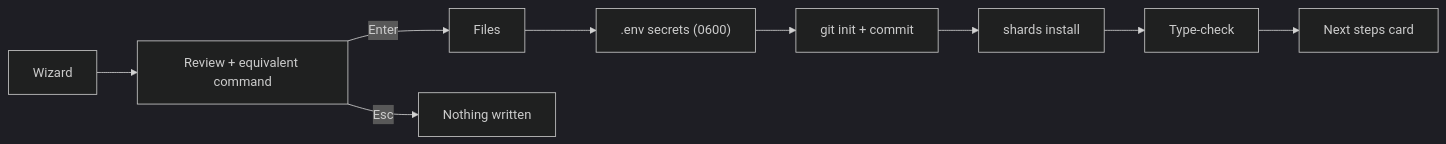
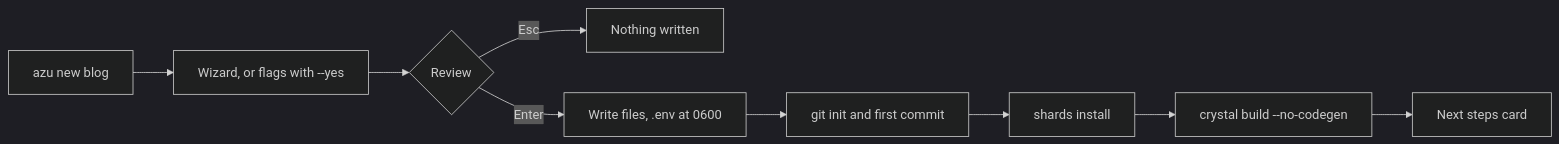
One commit to azutoolkit/azu_cli changed the diagram in docs/command-reference/azu-new.md. Above: the diagram before and after it, drawn with Mermaid (dark theme). The commit also changed other lines of this file and 100 other files, not shown here.

````diff
--- a/docs/command-reference/azu-new.md
+++ b/docs/command-reference/azu-new.md
@@ -14,11 +13,11 @@
 ```mermaid
 flowchart LR
-  W["Wizard"] --> R["Review + equivalent command"]
-  R -->|Enter| F["Files"]
-  F --> S[".env secrets (0600)"]
-  S --> G["git init + commit"]
-  G --> SH["shards install"]
-  SH --> T["Type-check"]
-  T --> D["Next steps card"]
-  R -->|Esc| X["Nothing written"]
+  A["azu new blog"] --> B["Wizard, or flags with --yes"]
+  B --> C{"Review"}
+  C -->|Esc| D["Nothing written"]
+  C -->|Enter| E["Write files, .env at 0600"]
+  E --> F["git init and first commit"]
+  F --> G["shards install"]
+  G --> H["crystal build --no-codegen"]
+  H --> I["Next steps card"]
 ```
````
